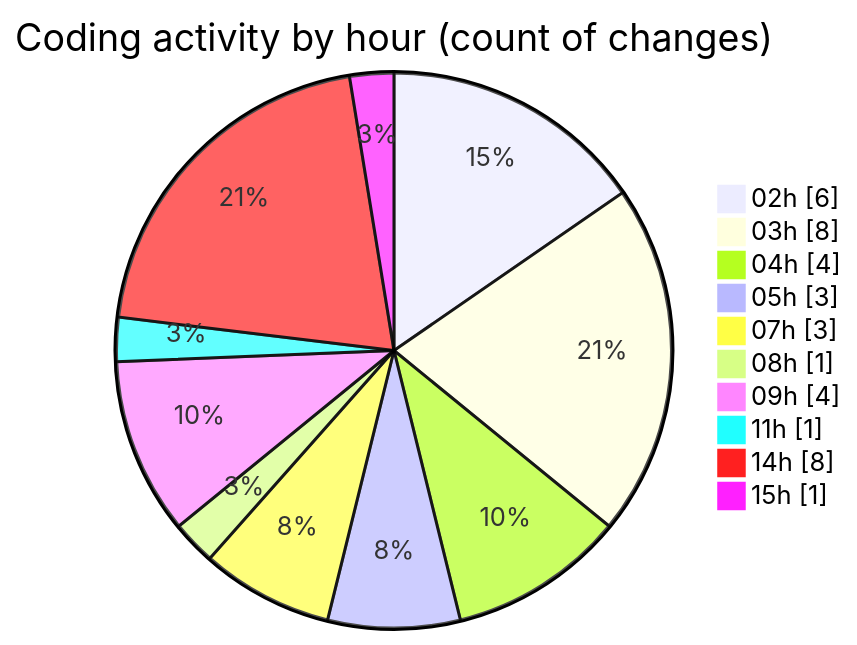
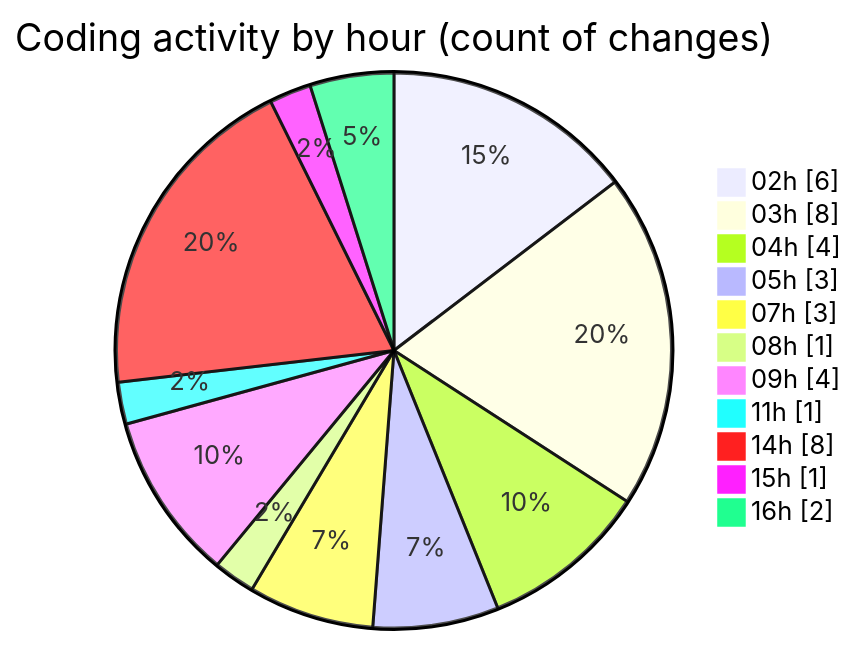
Before and after one commit to FelipKnott/code-tracking: the second of 2 diagrams in 2025-07-03/cursor/README.md, drawn with Mermaid. The commit also changed other lines of this file and 1 other file, not shown here.

````diff
--- a/2025-07-03/cursor/README.md
+++ b/2025-07-03/cursor/README.md
@@ -35,14 +37,15 @@
 ```mermaid
 pie showData
 title Coding activity by hour (count of changes)
 "02h" : 6
 "03h" : 8
 "04h" : 4
 "05h" : 3
 "07h" : 3
 "08h" : 1
 "09h" : 4
 "11h" : 1
 "14h" : 8
 "15h" : 1
+"16h" : 2
 ```
````
